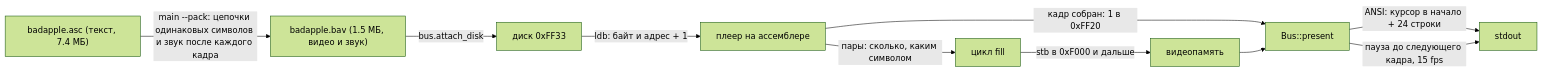
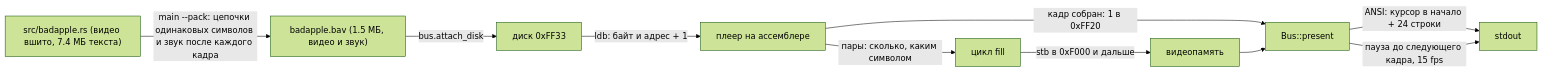
Before and after one commit to loki5512344ss/SummumOS: diagram 13 of 20 in чертежи.md, drawn with Mermaid (forest theme). The commit also changed other lines of this file and 5 other files, not shown here.

````diff
--- a/чертежи.md
+++ b/чертежи.md
@@ -295,12 +301,12 @@
 ```mermaid
 graph LR
-    asc["badapple.asc (текст, 7.4 МБ)"] -->|"main --pack: цепочки одинаковых символов и звук после каждого кадра"| bav["badapple.bav (1.5 МБ, видео и звук)"]
+    asc["src/badapple.rs (видео вшито, 7.4 МБ текста)"] -->|"main --pack: цепочки одинаковых символов и звук после каждого кадра"| bav["badapple.bav (1.5 МБ, видео и звук)"]
     bav -->|"bus.attach_disk"| disk["диск 0xFF33"]
     disk -->|"ldb: байт и адрес + 1"| player["плеер на ассемблере"]
     player -->|"пары: сколько, каким символом"| fill["цикл fill"]
     fill -->|"stb в 0xF000 и дальше"| vram["видеопамять"]
     player -->|"кадр собран: 1 в 0xFF20"| vid["Bus::present"]
     vram --> vid
     vid -->|"ANSI: курсор в начало + 24 строки"| out["stdout"]
     vid -->|"пауза до следующего кадра, 15 fps"| out
 ```
````
